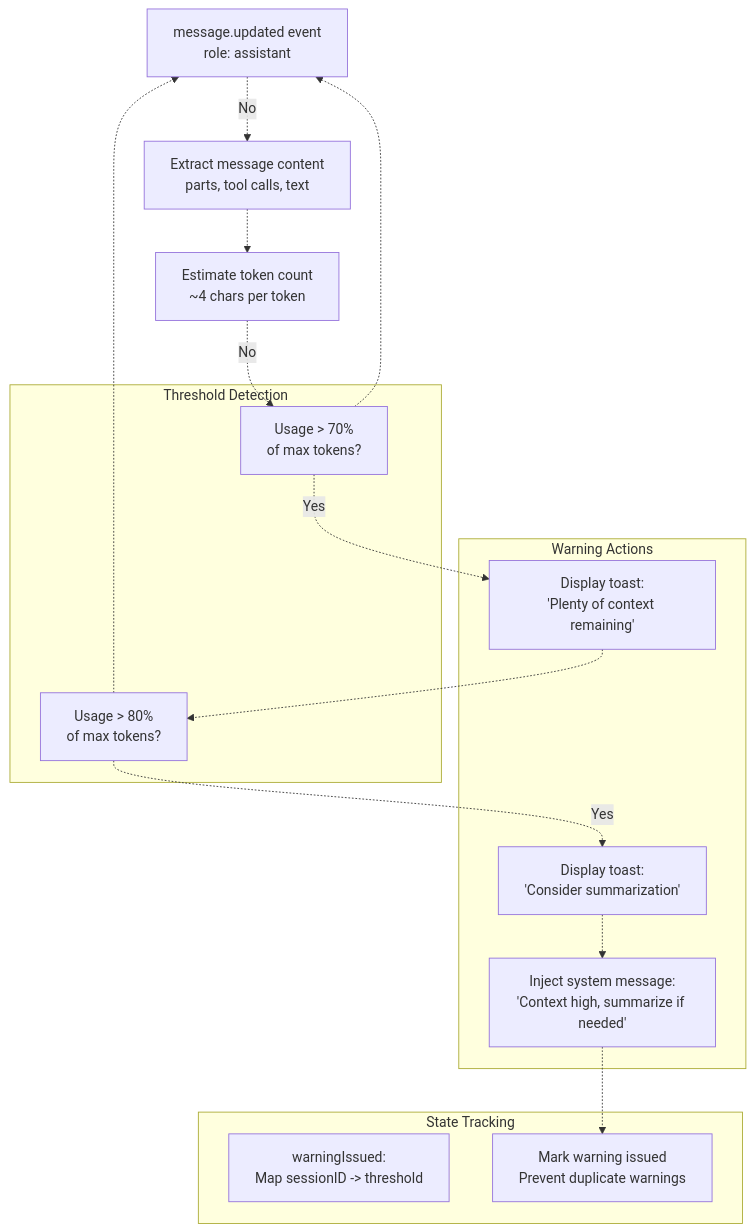
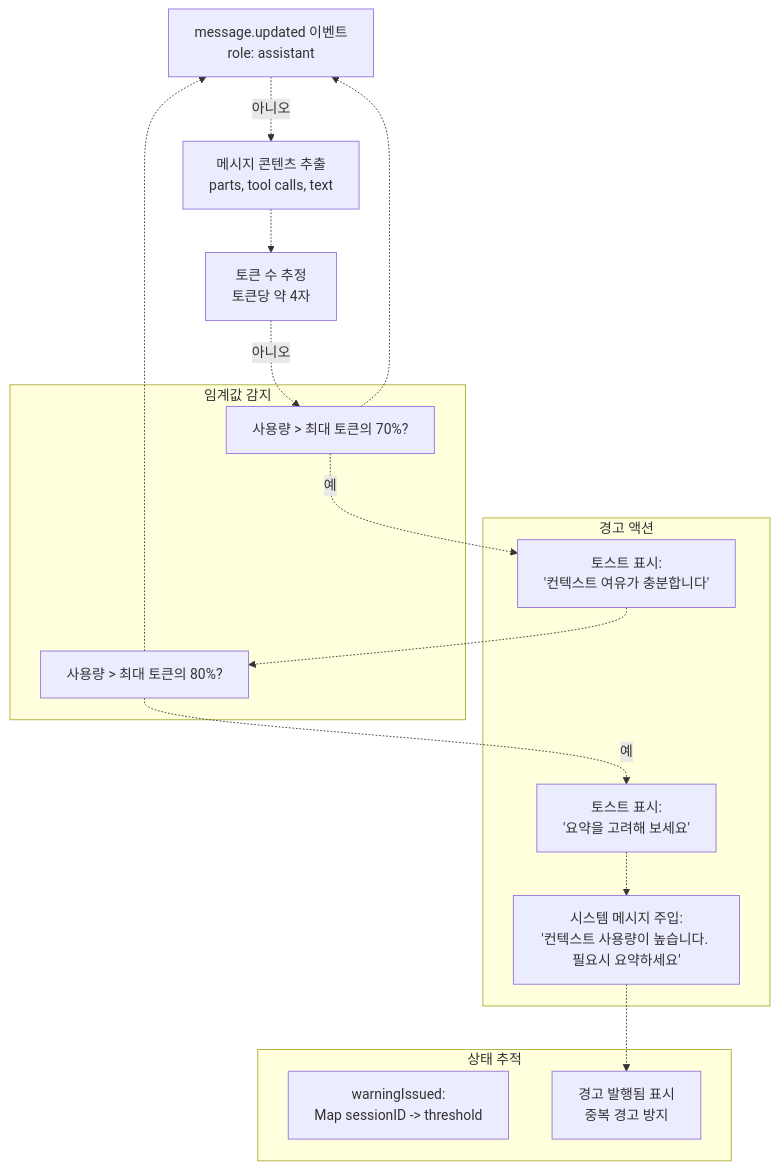
Before and after one commit to felipetruman/oh-my-opencode-docs: the second of 10 diagrams in docs/hooks/context-management-hooks.md, drawn with Mermaid. The commit also changed other lines of this file and 76 other files, not shown here.

````diff
--- a/docs/hooks/context-management-hooks.md
+++ b/docs/hooks/context-management-hooks.md
@@ -169,41 +169,41 @@
 ```mermaid
 flowchart TD
 
-MessageEvent["message.updated event<br>role: assistant"]
-ExtractContent["Extract message content<br>parts, tool calls, text"]
-EstimateTokens["Estimate token count<br>~4 chars per token"]
-Check70["Usage > 70%<br>of max tokens?"]
-Check80["Usage > 80%<br>of max tokens?"]
-Toast70["Display toast:<br>'Plenty of context remaining'"]
-Toast80["Display toast:<br>'Consider summarization'"]
-InjectPrompt["Inject system message:<br>'Context high, summarize if needed'"]
+MessageEvent["message.updated 이벤트<br>role: assistant"]
+ExtractContent["메시지 콘텐츠 추출<br>parts, tool calls, text"]
+EstimateTokens["토큰 수 추정<br>토큰당 약 4자"]
+Check70["사용량 > 최대 토큰의 70%?"]
+Check80["사용량 > 최대 토큰의 80%?"]
+Toast70["토스트 표시:<br>'컨텍스트 여유가 충분합니다'"]
+Toast80["토스트 표시:<br>'요약을 고려해 보세요'"]
+InjectPrompt["시스템 메시지 주입:<br>'컨텍스트 사용량이 높습니다. 필요시 요약하세요'"]
 WarningMap["warningIssued:<br>Map sessionID -> threshold"]
-UpdateMap["Mark warning issued<br>Prevent duplicate warnings"]
+UpdateMap["경고 발행됨 표시<br>중복 경고 방지"]
 
-MessageEvent -.->|"No"| ExtractContent
+MessageEvent -.->|"아니오"| ExtractContent
 ExtractContent -.-> EstimateTokens
-EstimateTokens -.->|"No"| Check70
-Check70 -.->|"Yes"| Toast70
+EstimateTokens -.->|"아니오"| Check70
+Check70 -.->|"예"| Toast70
 Toast70 -.-> Check80
 Check70 -.-> MessageEvent
-Check80 -.->|"Yes"| Toast80
+Check80 -.->|"예"| Toast80
 InjectPrompt -.-> UpdateMap
 Check80 -.-> MessageEvent
 
-subgraph subGraph2 ["State Tracking"]
+subgraph subGraph2 ["상태 추적"]
     WarningMap
     UpdateMap
 end
 
-subgraph subGraph1 ["Warning Actions"]
+subgraph subGraph1 ["경고 액션"]
     Toast70
     Toast80
     InjectPrompt
     Toast80 -.-> InjectPrompt
 end
 
-subgraph subGraph0 ["Threshold Detection"]
+subgraph subGraph0 ["임계값 감지"]
     Check70
     Check80
 end
 ```
````
